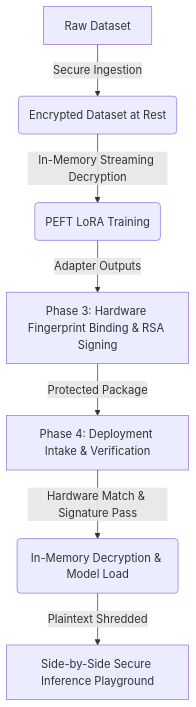
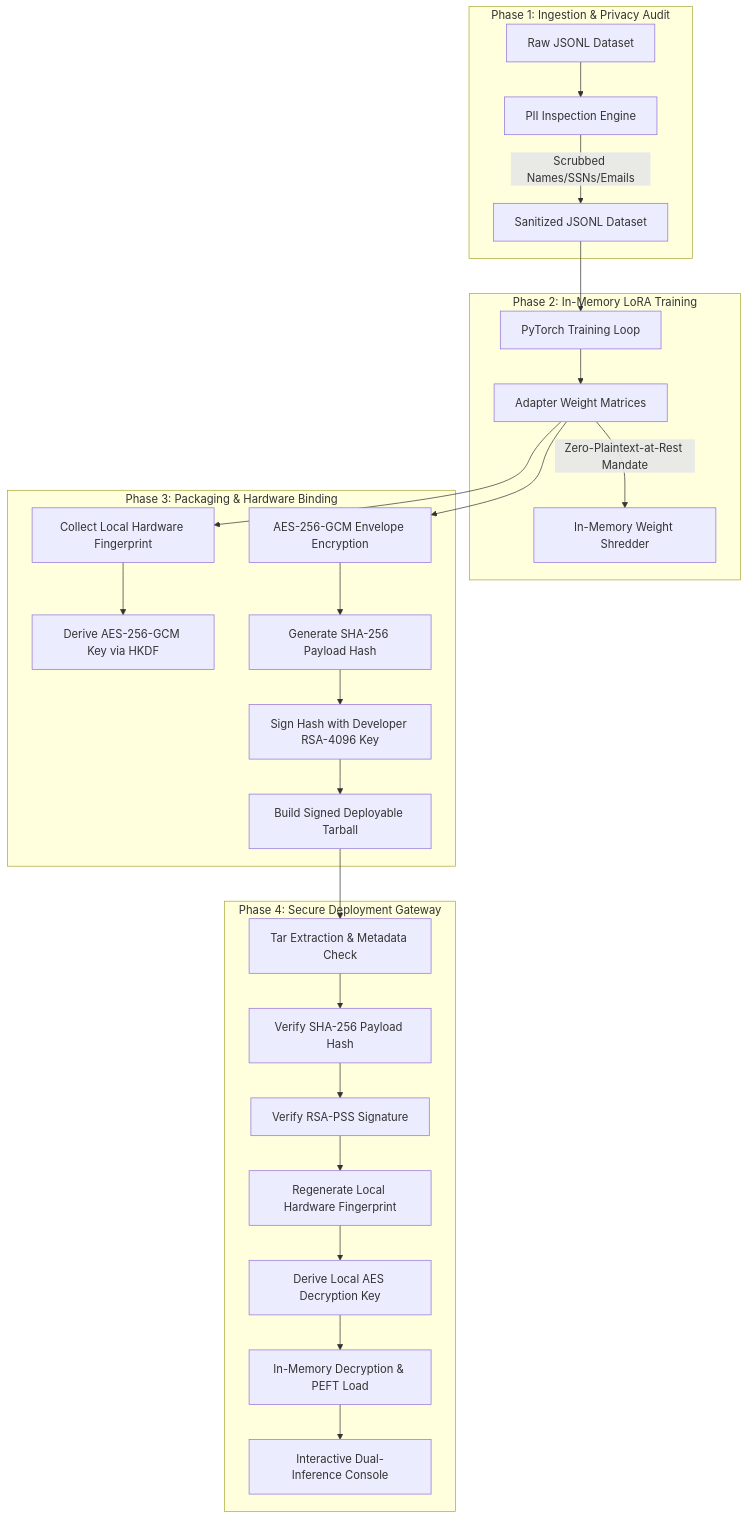
One commit to abhishekkp00/Major-Project changed the diagram in README.md. Above: the diagram before and after it, drawn with Mermaid. The commit also changed other lines of this file, not shown here.

Commit message:
docs: update README with HLD, LLD, threat model, and phase descriptions

````diff
--- a/README.md
+++ b/README.md
@@ -13,9 +54,32 @@
 ```mermaid
-graph TD
-    A[Raw Dataset] -->|Secure Ingestion| B(Encrypted Dataset at Rest)
-    B -->|In-Memory Streaming Decryption| C(PEFT LoRA Training)
-    C -->|Adapter Outputs| D[Phase 3: Hardware Fingerprint Binding & RSA Signing]
-    D -->|Protected Package| E[Phase 4: Deployment Intake & Verification]
-    E -->|Hardware Match & Signature Pass| F(In-Memory Decryption & Model Load)
-    F -->|Plaintext Shredded| G[Side-by-Side Secure Inference Playground]
+flowchart TD
+    subgraph Phase 1: Ingestion & Privacy Audit
+        A1[Raw JSONL Dataset] --> A2[PII Inspection Engine]
+        A2 -->|Scrubbed Names/SSNs/Emails| A3[Sanitized JSONL Dataset]
+    end
+
+    subgraph Phase 2: In-Memory LoRA Training
+        A3 --> B1[PyTorch Training Loop]
+        B1 --> B2[Adapter Weight Matrices]
+        B2 -->|Zero-Plaintext-at-Rest Mandate| B3[In-Memory Weight Shredder]
+    end
+
+    subgraph Phase 3: Packaging & Hardware Binding
+        B2 --> C1[Collect Local Hardware Fingerprint]
+        C1 --> C2[Derive AES-256-GCM Key via HKDF]
+        B2 --> C3[AES-256-GCM Envelope Encryption]
+        C3 --> C4[Generate SHA-256 Payload Hash]
+        C4 --> C5[Sign Hash with Developer RSA-4096 Key]
+        C5 --> C6[Build Signed Deployable Tarball]
+    end
+
+    subgraph Phase 4: Secure Deployment Gateway
+        C6 --> D1[Tar Extraction & Metadata Check]
+        D1 --> D2[Verify SHA-256 Payload Hash]
+        D2 --> D3[Verify RSA-PSS Signature]
+        D3 --> D4[Regenerate Local Hardware Fingerprint]
+        D4 --> D5[Derive Local AES Decryption Key]
+        D5 --> D6[In-Memory Decryption & PEFT Load]
+        D6 --> D7[Interactive Dual-Inference Console]
+    end
 ```
````
